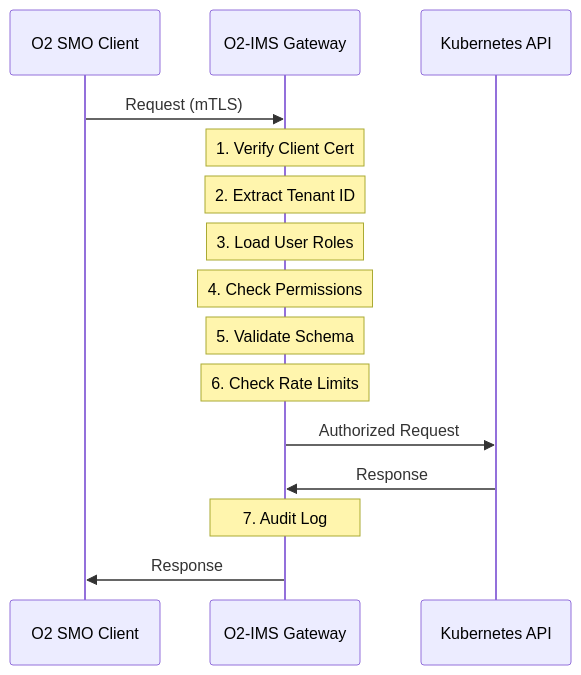
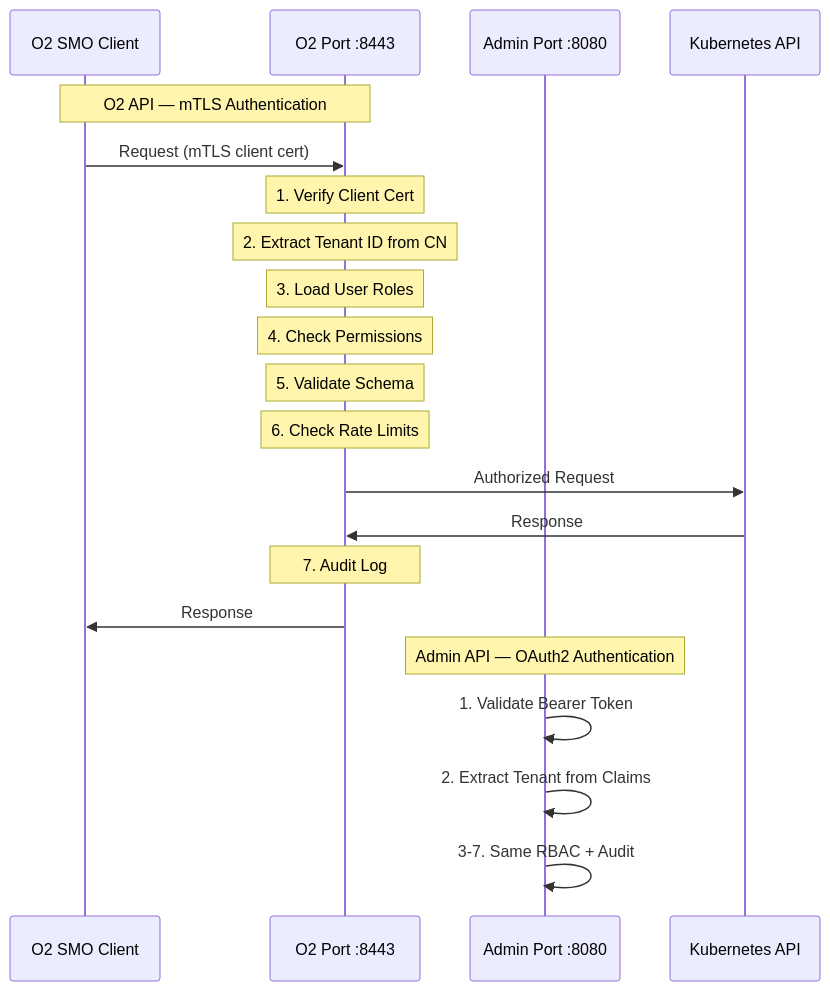
Before and after one commit to piwi3910/netweave: the first of 7 diagrams in docs/security/architecture.md, drawn with Mermaid. The commit also changed other lines of this file and 7 other files, not shown here.

First line of the commit message:
[Docs] Update documentation for multi-port gateway architecture

````diff
--- a/docs/security/architecture.md
+++ b/docs/security/architecture.md
@@ -46,18 +53,25 @@
 ```mermaid
 sequenceDiagram
     participant SMO as O2 SMO Client
-    participant GW as O2-IMS Gateway
+    participant O2 as O2 Port :8443
+    participant Admin as Admin Port :8080
     participant K8s as Kubernetes API
 
-    SMO->>GW: Request (mTLS)
-    Note over GW: 1. Verify Client Cert
-    Note over GW: 2. Extract Tenant ID
-    Note over GW: 3. Load User Roles
-    Note over GW: 4. Check Permissions
-    Note over GW: 5. Validate Schema
-    Note over GW: 6. Check Rate Limits
-    GW->>K8s: Authorized Request
-    K8s->>GW: Response
-    Note over GW: 7. Audit Log
-    GW->>SMO: Response
+    Note over SMO,O2: O2 API — mTLS Authentication
+    SMO->>O2: Request (mTLS client cert)
+    Note over O2: 1. Verify Client Cert
+    Note over O2: 2. Extract Tenant ID from CN
+    Note over O2: 3. Load User Roles
+    Note over O2: 4. Check Permissions
+    Note over O2: 5. Validate Schema
+    Note over O2: 6. Check Rate Limits
+    O2->>K8s: Authorized Request
+    K8s->>O2: Response
+    Note over O2: 7. Audit Log
+    O2->>SMO: Response
+
+    Note over Admin: Admin API — OAuth2 Authentication
+    Admin->>Admin: 1. Validate Bearer Token
+    Admin->>Admin: 2. Extract Tenant from Claims
+    Admin->>Admin: 3-7. Same RBAC + Audit
 ```
````
